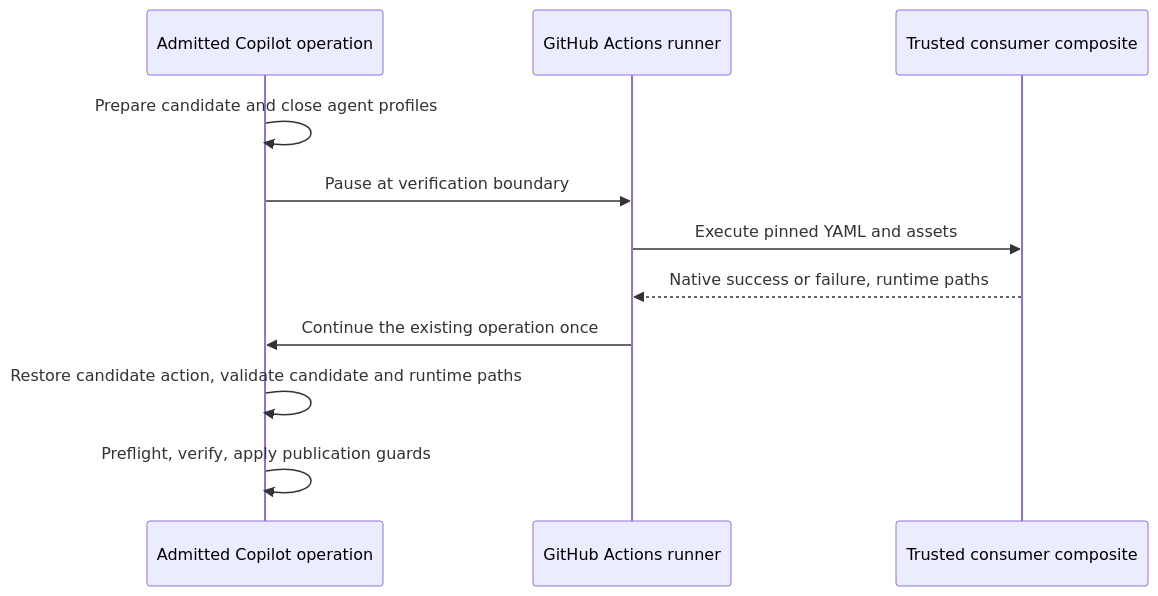
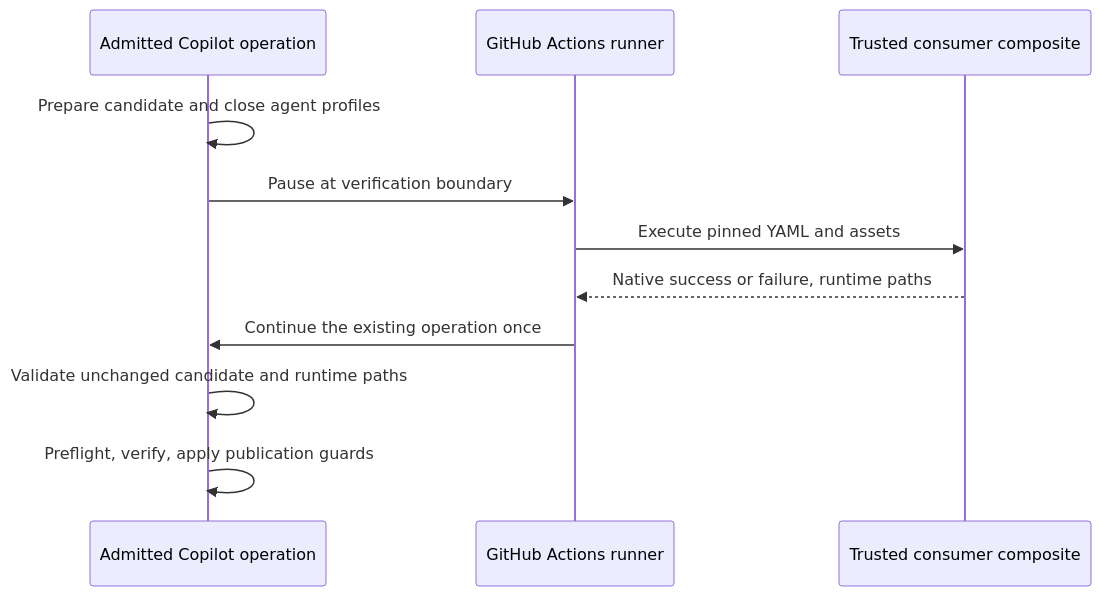
One commit to vypdev/copilot changed the diagram in specs/repository-verification-setup-hooks.md. Above: the diagram before and after it, drawn with Mermaid. The commit also changed other lines of this file and 42 other files, not shown here.

````diff
--- a/specs/repository-verification-setup-hooks.md
+++ b/specs/repository-verification-setup-hooks.md
@@ -85,13 +85,13 @@
 ```mermaid
 sequenceDiagram
     participant C as Admitted Copilot operation
     participant R as GitHub Actions runner
     participant Y as Trusted consumer composite
     C->>C: Prepare candidate and close agent profiles
     C->>R: Pause at verification boundary
     R->>Y: Execute pinned YAML and assets
     Y-->>R: Native success or failure, runtime paths
     R->>C: Continue the existing operation once
-    C->>C: Restore candidate action, validate candidate and runtime paths
+    C->>C: Validate unchanged candidate and runtime paths
     C->>C: Preflight, verify, apply publication guards
 ```
````
